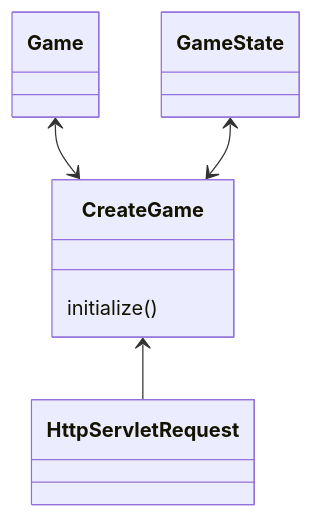
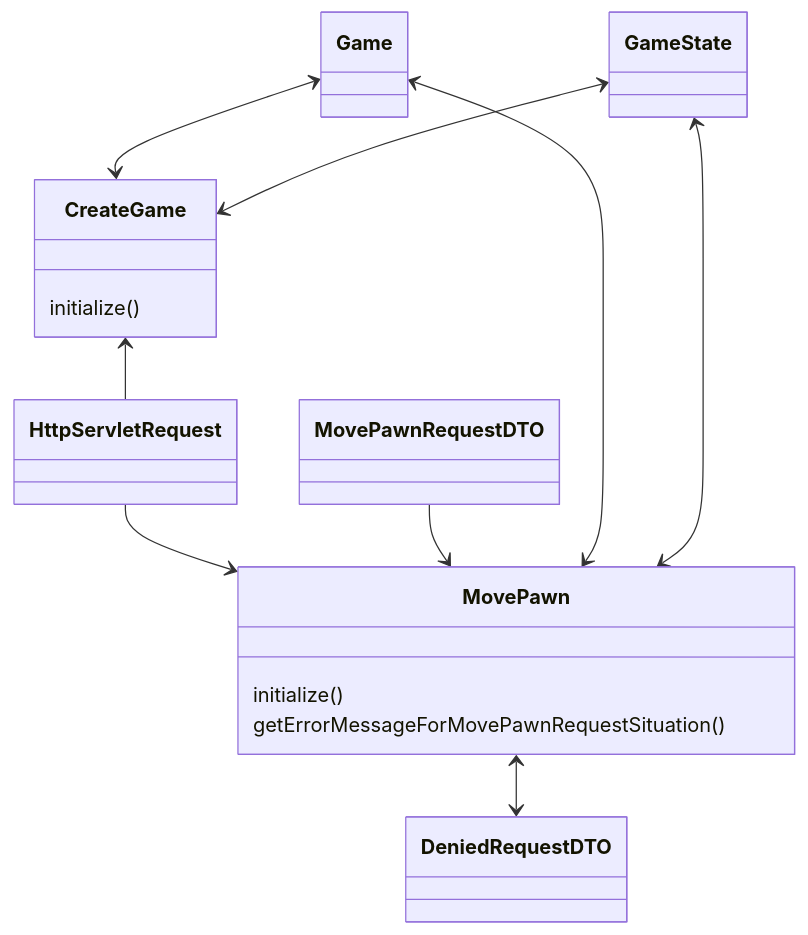
One commit to stijnlinderman/eldorado changed the fifth of 8 diagrams in ARCHITECTURE.md. Above: the diagram before and after it, drawn with Mermaid.

````diff
--- a/ARCHITECTURE.md
+++ b/ARCHITECTURE.md
@@ -65,7 +65,14 @@
 ```mermaid
 classDiagram
 	CreateGame <-- HttpServletRequest
 	Game <--> CreateGame
 	GameState <--> CreateGame
 	CreateGame : initialize()
+	HttpServletRequest --> MovePawn
+	MovePawnRequestDTO --> MovePawn
+	Game <--> MovePawn
+	GameState <--> MovePawn
+	MovePawn <--> DeniedRequestDTO
+	MovePawn : initialize()
+	MovePawn : getErrorMessageForMovePawnRequestSituation()
 ```
````
